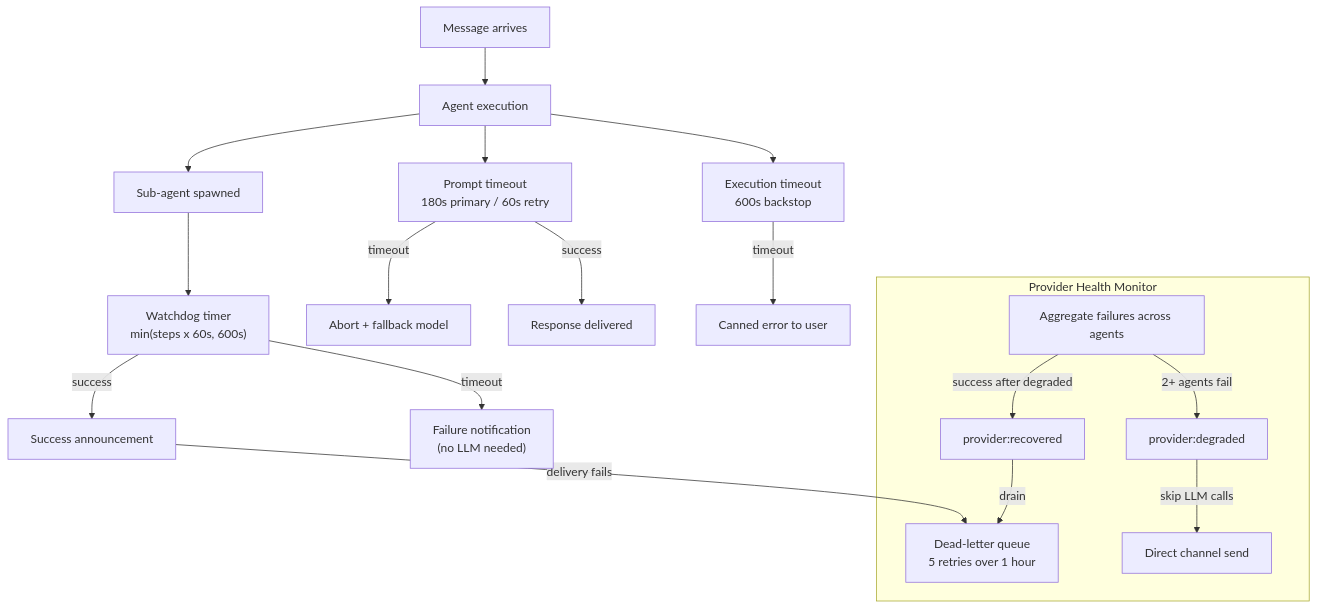
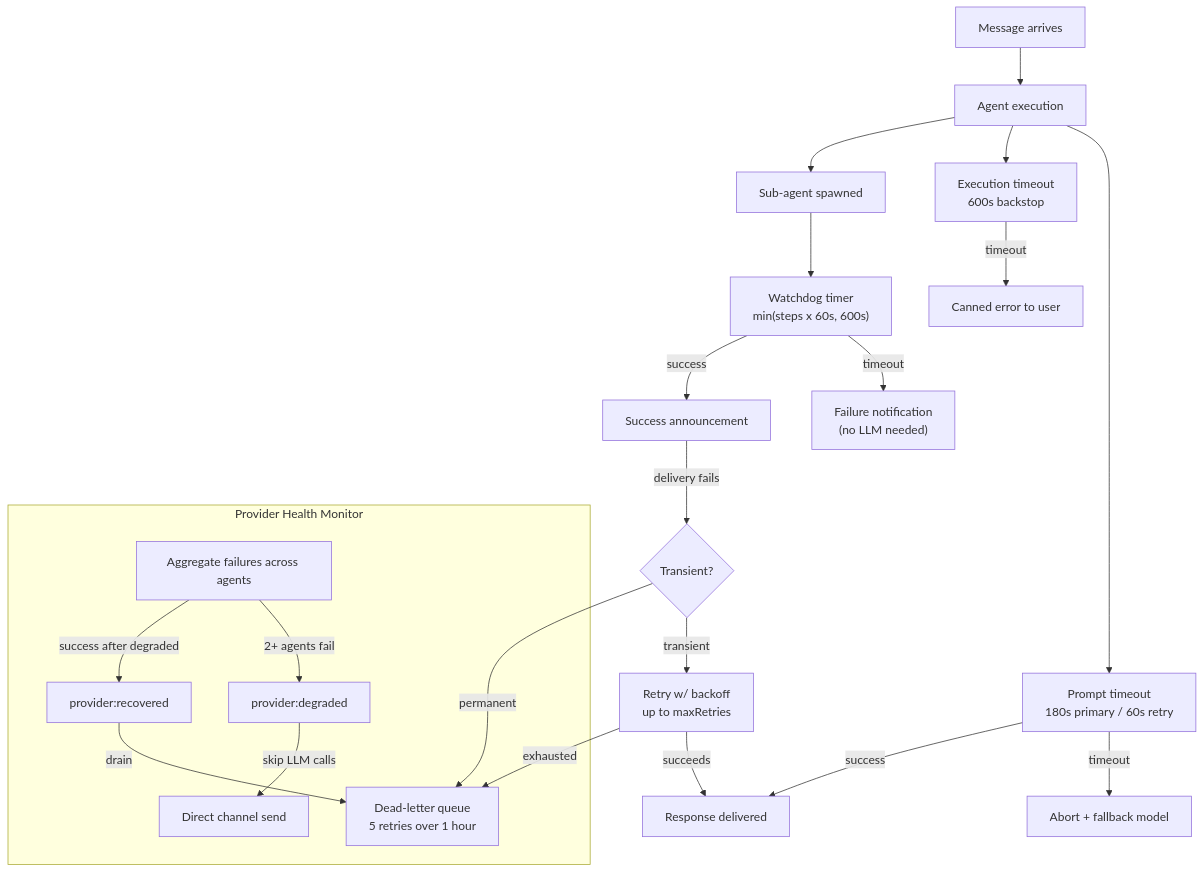
The diagram in docs/agents/resilience.mdx (comisai/comis), drawn with Mermaid before and after one commit. The commit also changed other lines of this file and 164 other files, not shown here.

````diff
--- a/docs/agents/resilience.mdx
+++ b/docs/agents/resilience.mdx
@@ -33,25 +33,29 @@
 ```mermaid
 flowchart TD
     MSG["Message arrives"] --> EXEC["Agent execution"]
     EXEC --> PT["Prompt timeout\n180s primary / 60s retry"]
     PT -->|timeout| ABORT["Abort + fallback model"]
     PT -->|success| RESP["Response delivered"]
 
     EXEC --> ET["Execution timeout\n600s backstop"]
     ET -->|timeout| CANNED["Canned error to user"]
 
     EXEC --> SA["Sub-agent spawned"]
     SA --> WD["Watchdog timer\nmin(steps x 60s, 600s)"]
     WD -->|timeout| FAIL_NOTIFY["Failure notification\n(no LLM needed)"]
     WD -->|success| ANNOUNCE["Success announcement"]
 
-    ANNOUNCE -->|delivery fails| DLQ["Dead-letter queue\n5 retries over 1 hour"]
+    ANNOUNCE -->|delivery fails| CLS{"Transient?"}
+    CLS -->|transient| RETRY["Retry w/ backoff\nup to maxRetries"]
+    CLS -->|permanent| DLQ["Dead-letter queue\n5 retries over 1 hour"]
+    RETRY -->|exhausted| DLQ
+    RETRY -->|succeeds| RESP
 
     subgraph "Provider Health Monitor"
         PH["Aggregate failures across agents"]
         PH -->|2+ agents fail| DEGRADED["provider:degraded"]
         DEGRADED -->|skip LLM calls| DIRECT["Direct channel send"]
         PH -->|success after degraded| RECOVERED["provider:recovered"]
         RECOVERED -->|drain| DLQ
     end
 ```
````
